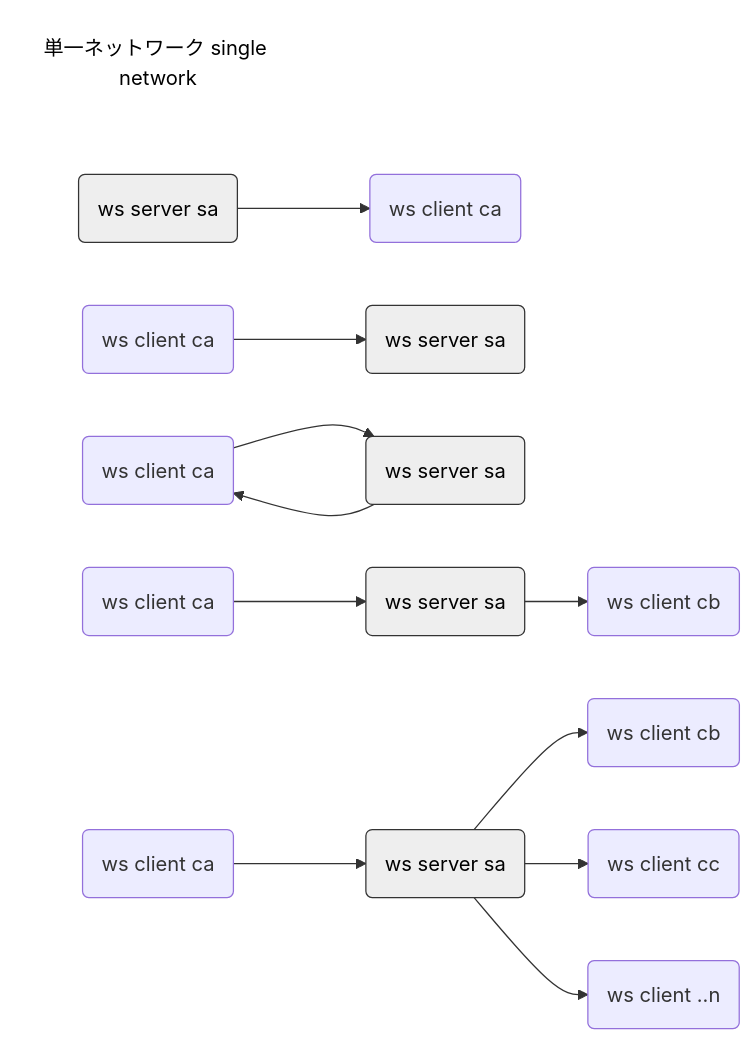
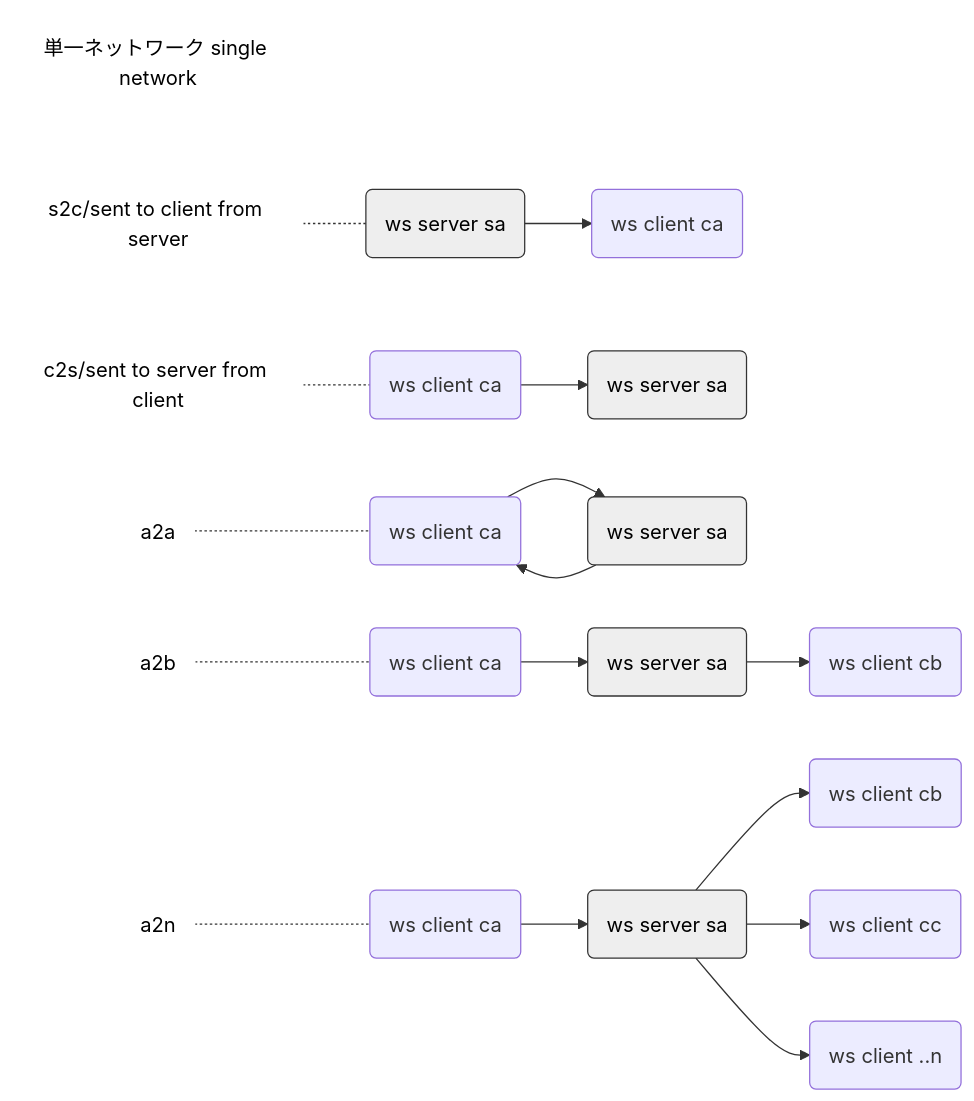
One commit to toshirot/w2w changed the first of 3 diagrams in README.md. Above: the diagram before and after it, drawn with Mermaid. The commit also changed other lines of this file and 2 other files, not shown here.

````diff
--- a/README.md
+++ b/README.md
@@ -10,40 +18,51 @@
 ```mermaid
 flowchart LR
 
 
 text1(単一ネットワーク single network):::class_text
 
     %%single_type1
+        text_s2c(s2c/sent to client from server):::class_text_min
         single_type1c(ws client ca) 
         single_type1s(ws server sa):::class_server
-           single_type1s --> single_type1c 
+            text_s2c -.- single_type1s
+            single_type1s --> single_type1c 
 
     %%single_type2
+        text_c2s(c2s/sent to server from client):::class_text_min
         single_type2c(ws client ca) 
         single_type2s(ws server sa):::class_server
+            text_c2s -.- single_type2c
             single_type2c --> single_type2s
 
     %%single_type3
+        text_a2a(a2a):::class_text_min
         single_type3c(ws client ca) 
         single_type3s(ws server sa):::class_server
+            text_a2a -.- single_type3c
             single_type3c --> single_type3s --> single_type3c
 
     %%single_type4
+        text_a2b(a2b):::class_text_min
         single_type4c1(ws client ca) 
         single_type4s1(ws server sa):::class_server 
-        single_type4c2(ws client cb) 
+        single_type4c2(ws client cb)
+            text_a2b -.- single_type4c1
             single_type4c1 --> single_type4s1 --> single_type4c2
 
     %%single_type6
+        text_a2n(a2n):::class_text_min
         single_type5c1(ws client ca) 
         single_type5s1(ws server sa):::class_server 
         single_type5c2(ws client cb) 
         single_type5c3(ws client cc) 
         single_type5c4(ws client ..n) 
+            text_a2n -.- single_type5c1
             single_type5c1 --> single_type5s1 --> single_type5c2
                         single_type5s1 --> single_type5c3
                         single_type5s1 --> single_type5c4
 
 classDef class_server fill:#eee,color:#000,stroke:#333
 classDef class_text fill:#fff,color:#000,stroke:#fff,margin:0
+classDef class_text_min fill:#fff,color:#000,stroke:#fff,margin:0
 ```
````
